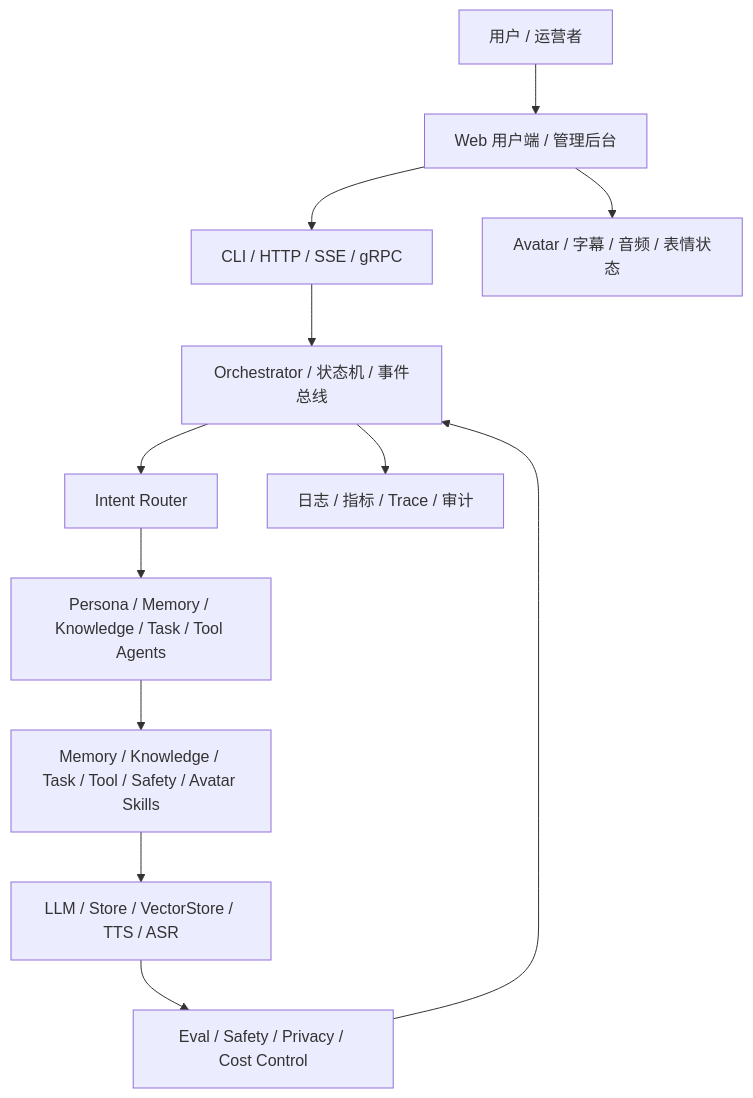
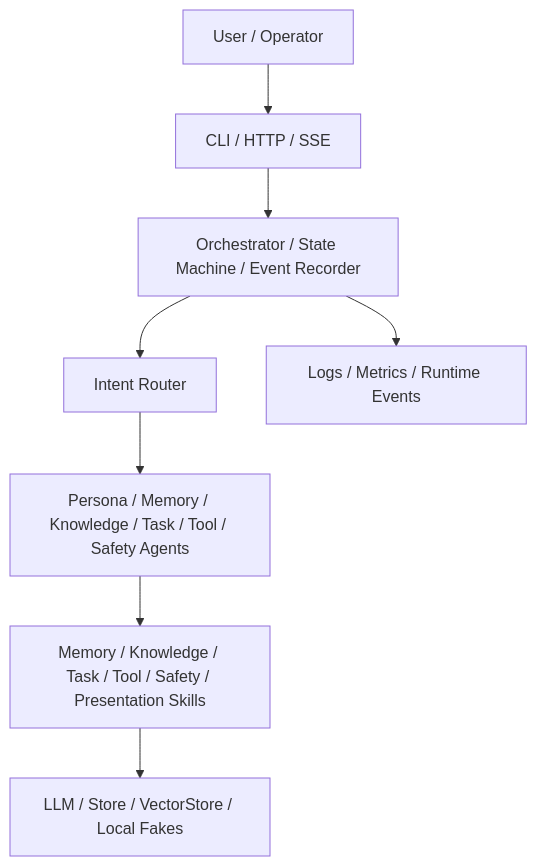
One commit to nobodycan/digital-twin changed the diagram in README.md. Above: the diagram before and after it, drawn with Mermaid. The commit also changed other lines of this file and 25 other files, not shown here.

Commit message:
feat: add phase 3 runtime api

````diff
--- a/README.md
+++ b/README.md
@@ -36,14 +29,10 @@
 ```mermaid
 flowchart TD
-    User["用户 / 运营者"] --> Web["Web 用户端 / 管理后台"]
-    Web --> API["CLI / HTTP / SSE / gRPC"]
-    API --> Runtime["Orchestrator / 状态机 / 事件总线"]
+    User["User / Operator"] --> API["CLI / HTTP / SSE"]
+    API --> Runtime["Orchestrator / State Machine / Event Recorder"]
     Runtime --> Router["Intent Router"]
-    Router --> Agents["Persona / Memory / Knowledge / Task / Tool Agents"]
-    Agents --> Skills["Memory / Knowledge / Task / Tool / Safety / Avatar Skills"]
-    Skills --> Infra["LLM / Store / VectorStore / TTS / ASR"]
-    Runtime --> Observability["日志 / 指标 / Trace / 审计"]
-    Web --> Avatar["Avatar / 字幕 / 音频 / 表情状态"]
-    Infra --> Governance["Eval / Safety / Privacy / Cost Control"]
-    Governance --> Runtime
+    Router --> Agents["Persona / Memory / Knowledge / Task / Tool / Safety Agents"]
+    Agents --> Skills["Memory / Knowledge / Task / Tool / Safety / Presentation Skills"]
+    Skills --> Infra["LLM / Store / VectorStore / Local Fakes"]
+    Runtime --> Observability["Logs / Metrics / Runtime Events"]
 ```
````
